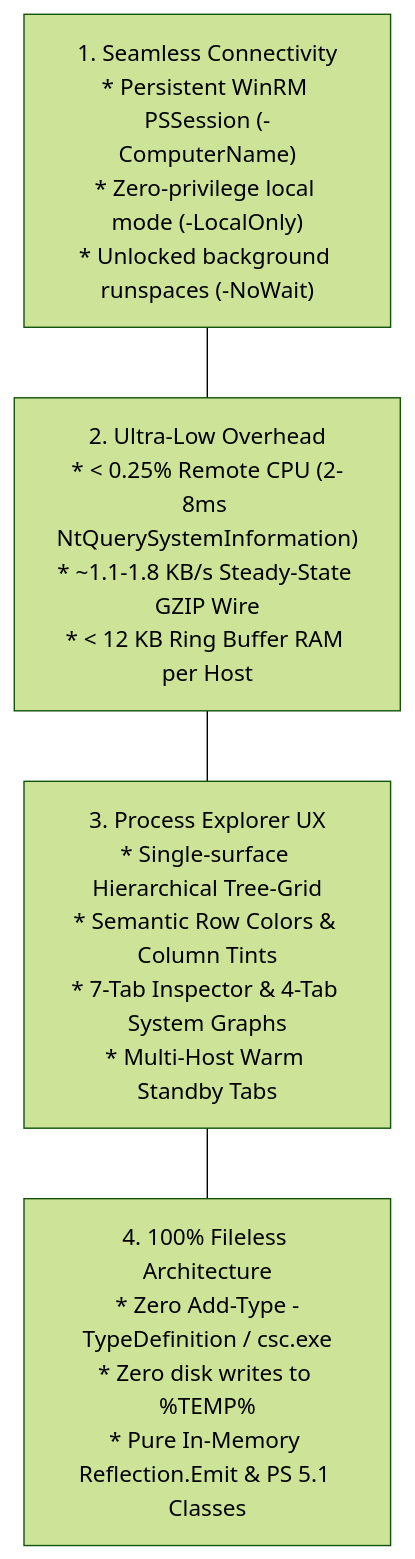
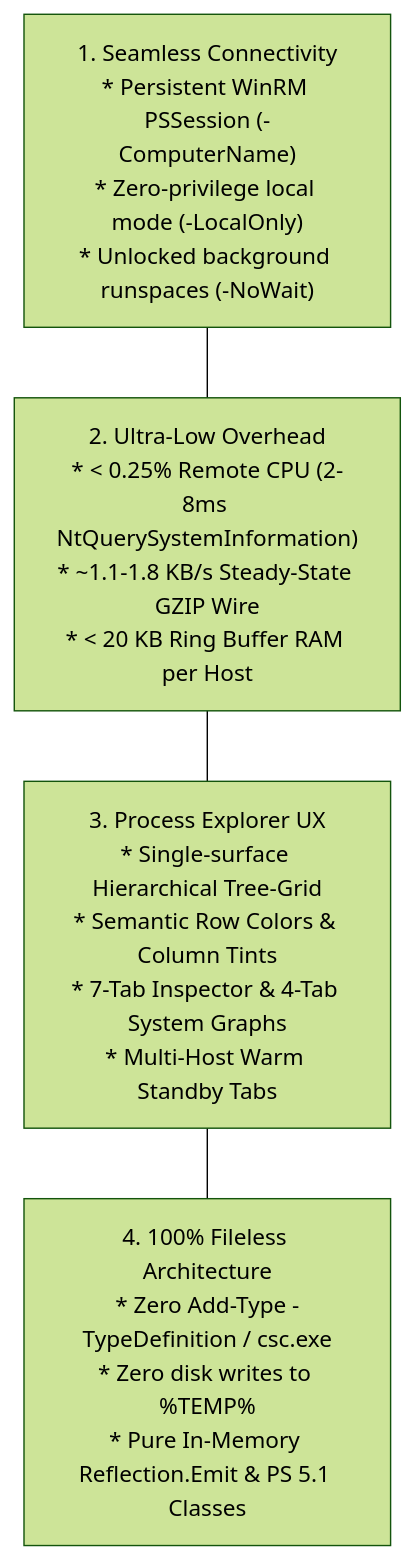
The diagram in PRODUCT.md (exh555/PSRPM), drawn with Mermaid (forest theme) before and after one commit. The commit also changed other lines of this file and 17 other files, not shown here.

````diff
--- a/PRODUCT.md
+++ b/PRODUCT.md
@@ -37,9 +37,9 @@
 ```mermaid
 flowchart TD
     P1["1. Seamless Connectivity<br/>* Persistent WinRM PSSession (-ComputerName)<br/>* Zero-privilege local mode (-LocalOnly)<br/>* Unlocked background runspaces (-NoWait)"]
-    P2["2. Ultra-Low Overhead<br/>* < 0.25% Remote CPU (2-8ms NtQuerySystemInformation)<br/>* ~1.1-1.8 KB/s Steady-State GZIP Wire<br/>* < 12 KB Ring Buffer RAM per Host"]
+    P2["2. Ultra-Low Overhead<br/>* < 0.25% Remote CPU (2-8ms NtQuerySystemInformation)<br/>* ~1.1-1.8 KB/s Steady-State GZIP Wire<br/>* < 20 KB Ring Buffer RAM per Host"]
     P3["3. Process Explorer UX<br/>* Single-surface Hierarchical Tree-Grid<br/>* Semantic Row Colors & Column Tints<br/>* 7-Tab Inspector & 4-Tab System Graphs<br/>* Multi-Host Warm Standby Tabs"]
     P4["4. 100% Fileless Architecture<br/>* Zero Add-Type -TypeDefinition / csc.exe<br/>* Zero disk writes to %TEMP%<br/>* Pure In-Memory Reflection.Emit & PS 5.1 Classes"]
 
     P1 --- P2 --- P3 --- P4
 ```
````
